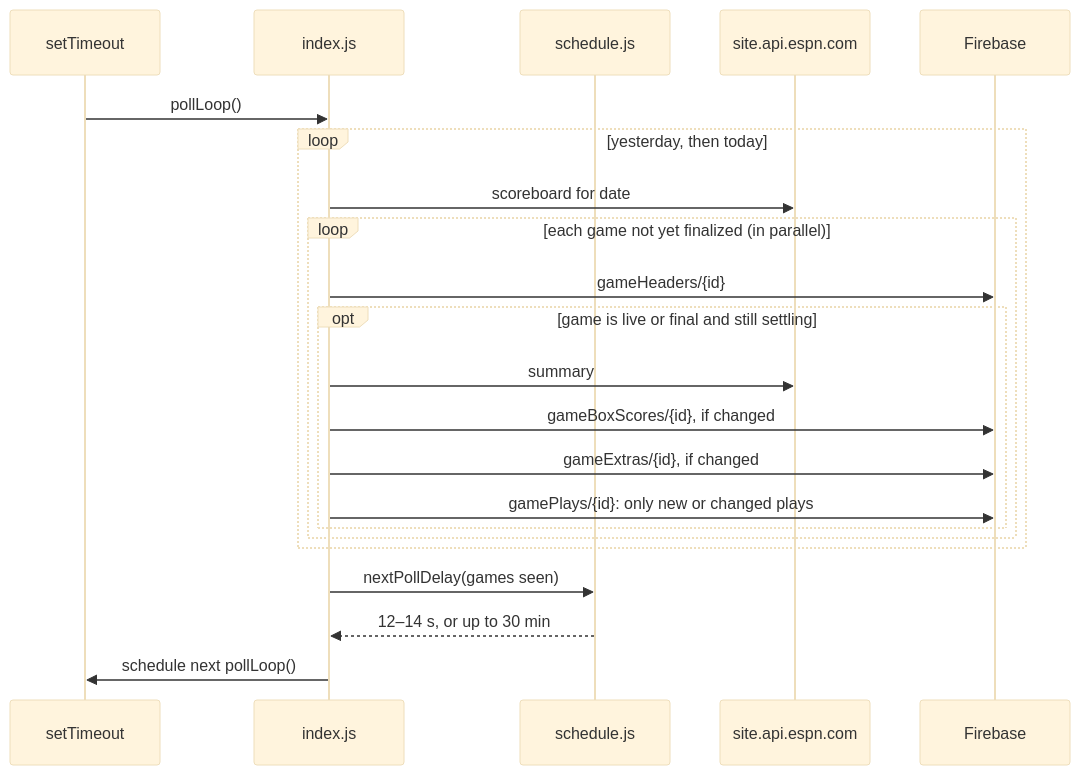
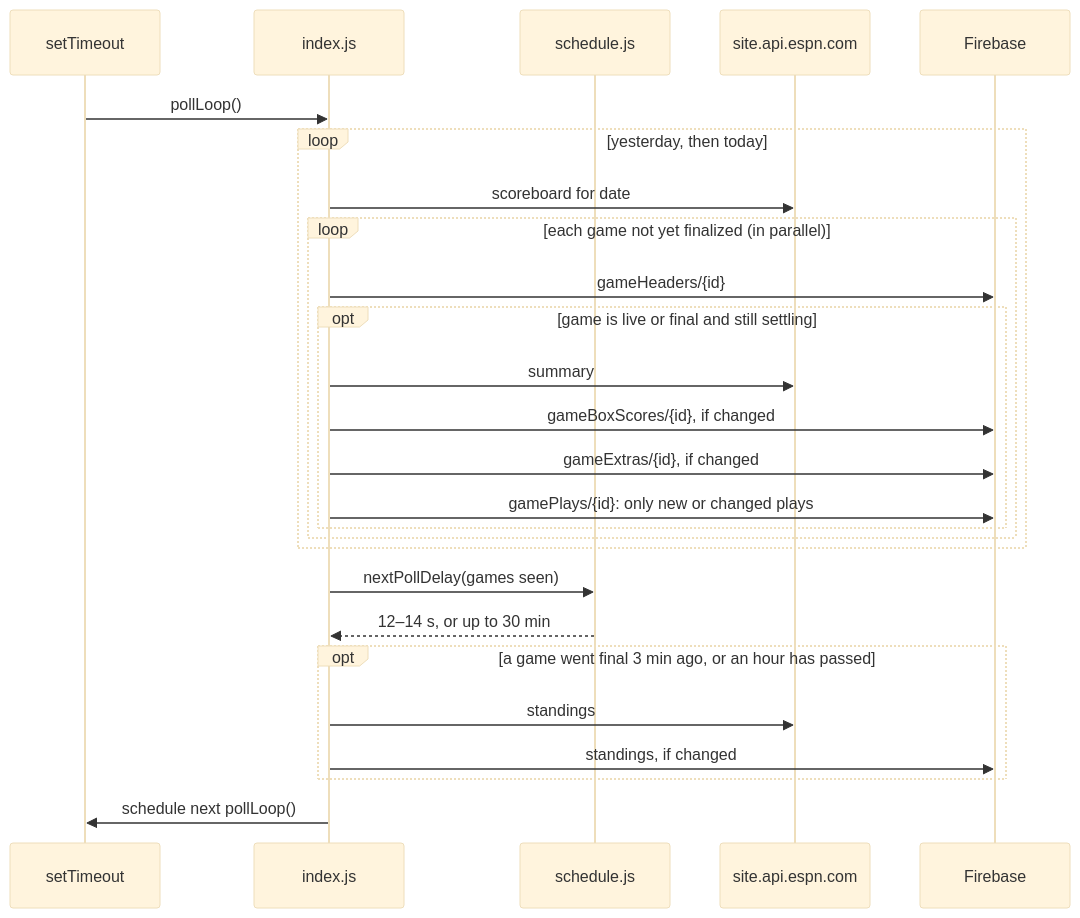
The second of 2 diagrams in docs/architecture.md (kriskramer/hoop-server), drawn with Mermaid (base theme) before and after one commit. The commit also changed other lines of this file and 7 other files, not shown here.

````diff
--- a/docs/architecture.md
+++ b/docs/architecture.md
@@ -82,25 +84,29 @@
 ```mermaid
 sequenceDiagram
     participant Timer as setTimeout
     participant Idx as index.js
     participant Sched as schedule.js
     participant ESPN as site.api.espn.com
     participant DB as Firebase
 
     Timer->>Idx: pollLoop()
     loop yesterday, then today
         Idx->>ESPN: scoreboard for date
         loop each game not yet finalized (in parallel)
             Idx->>DB: gameHeaders/{id}
             opt game is live or final and still settling
                 Idx->>ESPN: summary
                 Idx->>DB: gameBoxScores/{id}, if changed
                 Idx->>DB: gameExtras/{id}, if changed
                 Idx->>DB: gamePlays/{id}: only new or changed plays
             end
         end
     end
     Idx->>Sched: nextPollDelay(games seen)
     Sched-->>Idx: 12–14 s, or up to 30 min
+    opt a game went final 3 min ago, or an hour has passed
+        Idx->>ESPN: standings
+        Idx->>DB: standings, if changed
+    end
     Idx->>Timer: schedule next pollLoop()
 ```
````
